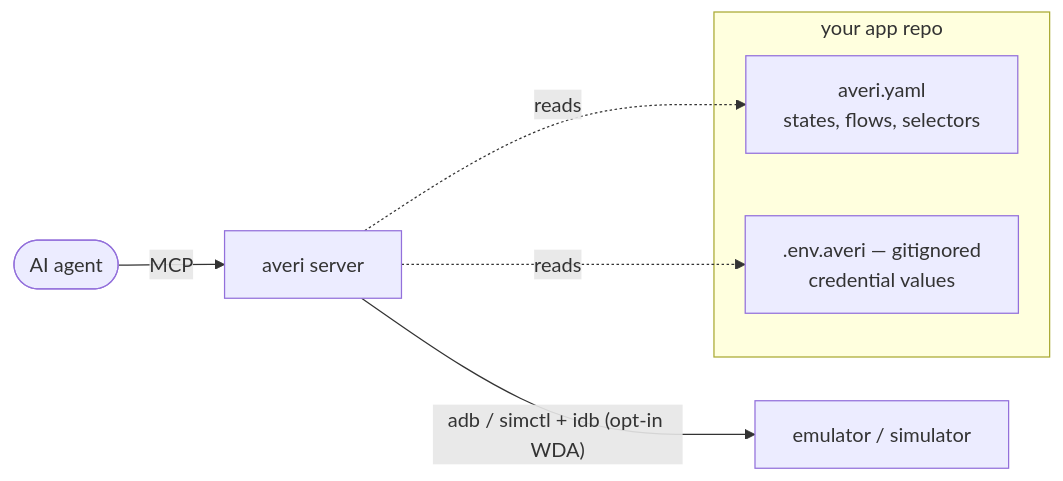
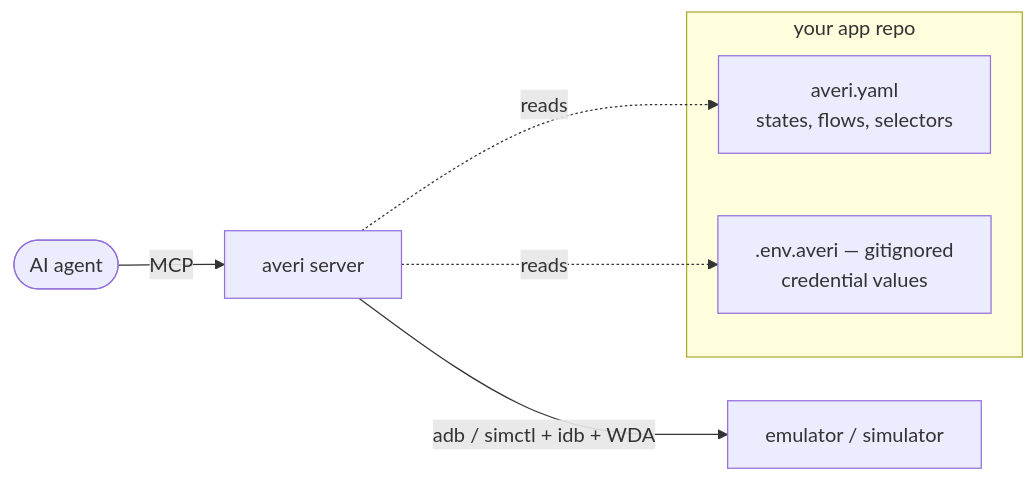
One commit to mholecy/averi changed the first of 2 diagrams in README.md. Above: the diagram before and after it, drawn with Mermaid. The commit also changed other lines of this file and 25 other files, not shown here.

````diff
--- a/README.md
+++ b/README.md
@@ -29,11 +29,11 @@
 ```mermaid
 flowchart LR
     A(["AI agent"]) -- MCP --> S["averi server"]
-    S -- "adb / simctl + idb (opt-in WDA)" --> D["emulator / simulator"]
+    S -- "adb / simctl + idb + WDA" --> D["emulator / simulator"]
     subgraph R["your app repo"]
         Y["averi.yaml<br/>states, flows, selectors"]
         E[".env.averi — gitignored<br/>credential values"]
     end
     S -. reads .-> Y
     S -. reads .-> E
 ```
````
